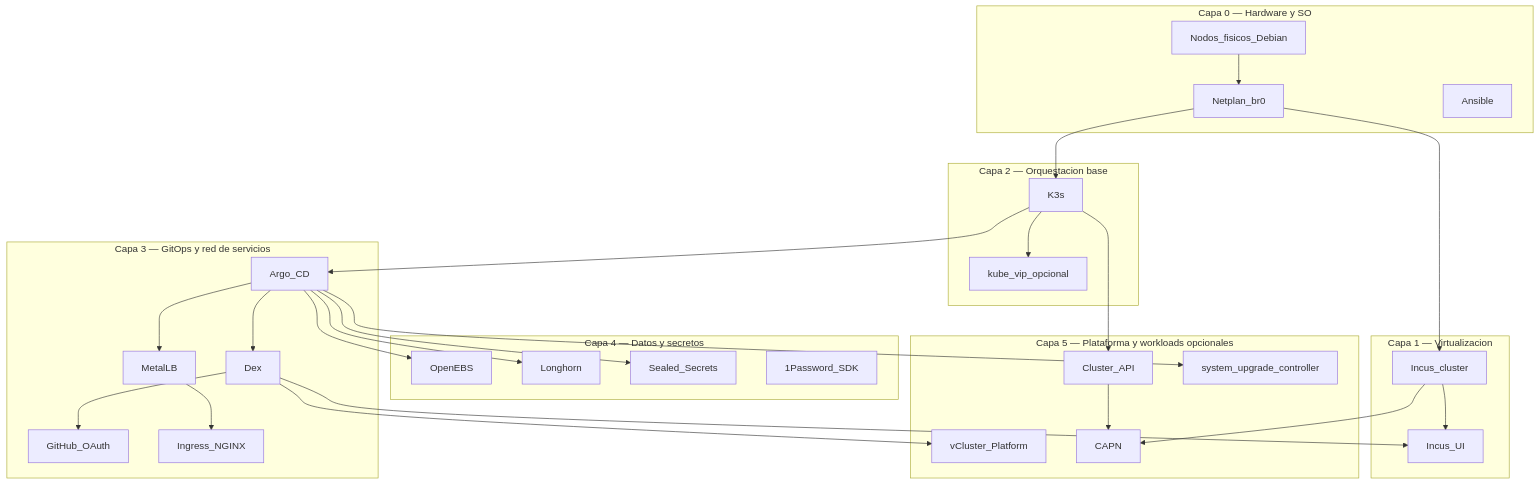
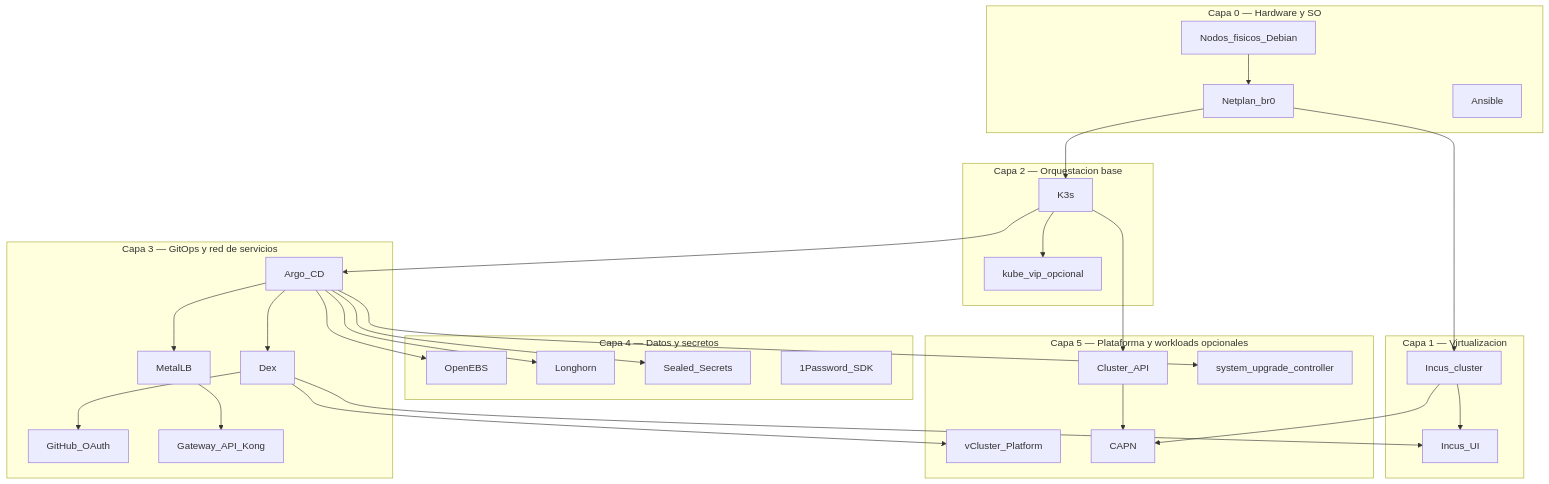
One commit to symintel/homelab changed the diagram in docs/implementacion/stack-tecnologico.md. Above: the diagram before and after it, drawn with Mermaid. The commit also changed other lines of this file and 38 other files, not shown here.

````diff
--- a/docs/implementacion/stack-tecnologico.md
+++ b/docs/implementacion/stack-tecnologico.md
@@ -11,51 +11,51 @@
 ```mermaid
 flowchart TB
   subgraph capa0 [Capa 0 — Hardware y SO]
     HW[Nodos_fisicos_Debian]
     Netplan[Netplan_br0]
     Ansible[Ansible]
   end
   subgraph capa1 [Capa 1 — Virtualizacion]
     Incus[Incus_cluster]
     IncusUI[Incus_UI]
   end
   subgraph capa2 [Capa 2 — Orquestacion base]
     K3s[K3s]
     KubeVip[kube_vip_opcional]
   end
   subgraph capa3 [Capa 3 — GitOps y red de servicios]
     ArgoCD[Argo_CD]
     Dex[Dex]
     GitHub[GitHub_OAuth]
     MetalLB[MetalLB]
-    Ingress[Ingress_NGINX]
+    Gateway[Gateway_API_Kong]
   end
   subgraph capa4 [Capa 4 — Datos y secretos]
     OpenEBS[OpenEBS]
     Longhorn[Longhorn]
     SealedSecrets[Sealed_Secrets]
     OnePassword[1Password_SDK]
   end
   subgraph capa5 [Capa 5 — Plataforma y workloads opcionales]
     VCluster[vCluster_Platform]
     CAPI[Cluster_API]
     CAPN[CAPN]
     SUC[system_upgrade_controller]
   end
   HW --> Netplan --> Incus
   Incus --> IncusUI
   Dex --> IncusUI
   Netplan --> K3s
   K3s --> KubeVip
   K3s --> ArgoCD
   ArgoCD --> Dex
   Dex --> GitHub
-  ArgoCD --> MetalLB --> Ingress
+  ArgoCD --> MetalLB --> Gateway
   ArgoCD --> OpenEBS
   ArgoCD --> Longhorn
   ArgoCD --> SealedSecrets
   Dex --> VCluster
   K3s --> CAPI --> CAPN
   Incus --> CAPN
   ArgoCD --> SUC
 ```
````
